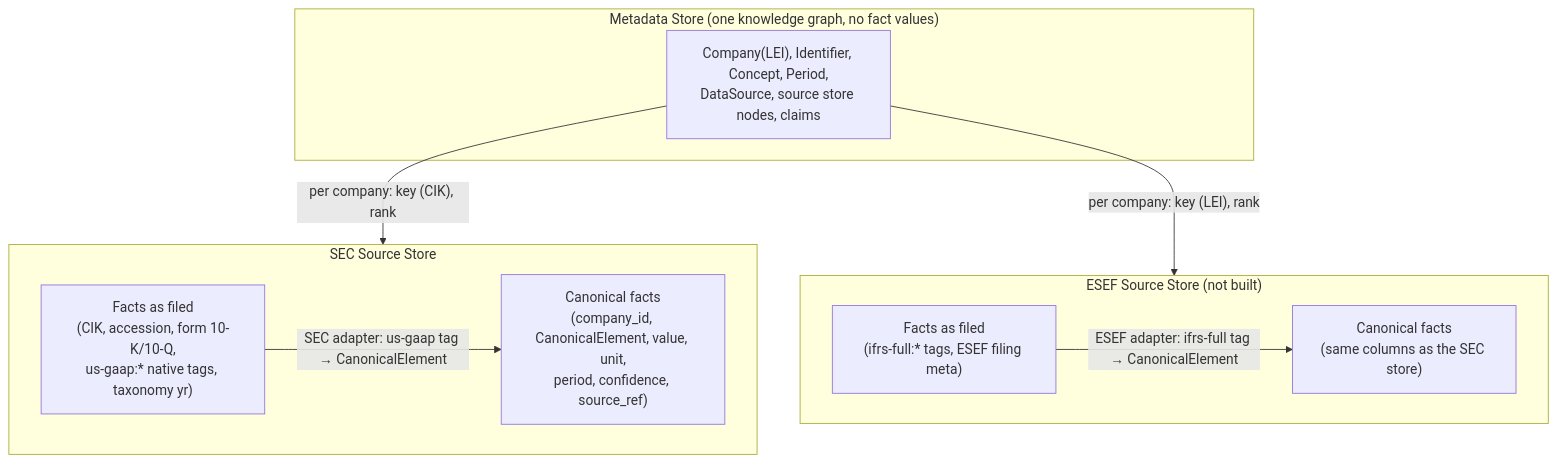
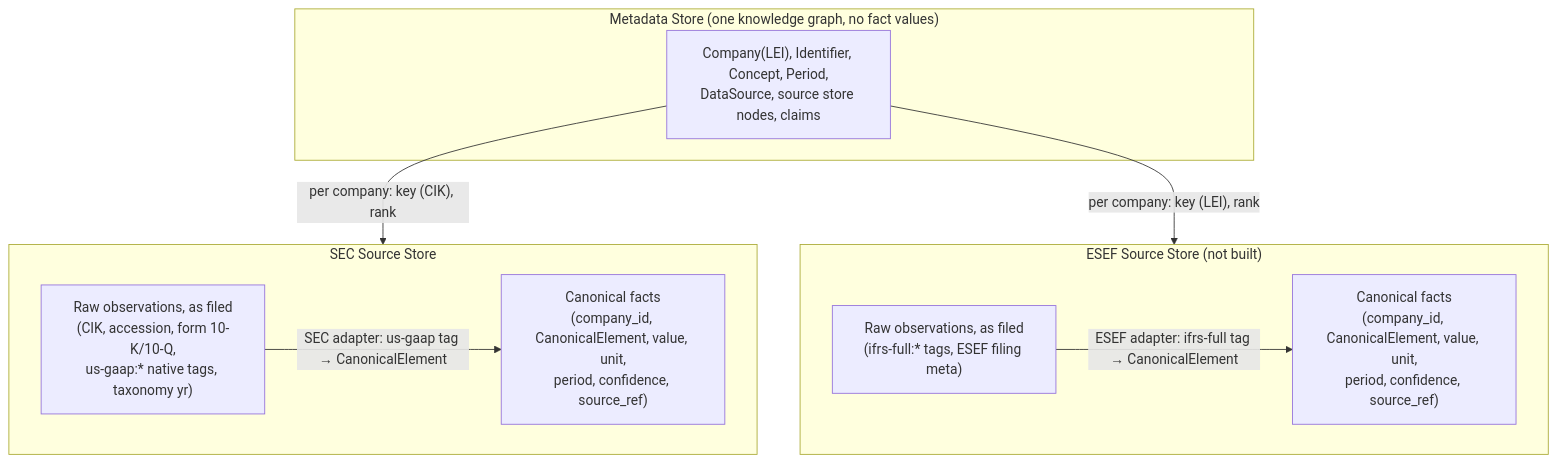
One commit to ironcapitaleu/arkad changed the first of 4 diagrams in sec/design/data_model/hybrid_data_model.md. Above: the diagram before and after it, drawn with Mermaid. The commit also changed other lines of this file and 3 other files, not shown here.

````diff
--- a/sec/design/data_model/hybrid_data_model.md
+++ b/sec/design/data_model/hybrid_data_model.md
@@ -60,18 +60,18 @@
 ```mermaid
 flowchart TB
   subgraph META["Metadata Store (one knowledge graph, no fact values)"]
     KG["Company(LEI), Identifier, Concept, Period,\nDataSource, source store nodes, claims"]
   end
   subgraph SEC["SEC Source Store"]
-    SECraw["Facts as filed\n(CIK, accession, form 10-K/10-Q,\nus-gaap:* native tags, taxonomy yr)"]
+    SECraw["Raw observations, as filed\n(CIK, accession, form 10-K/10-Q,\nus-gaap:* native tags, taxonomy yr)"]
     SECcan["Canonical facts\n(company_id, CanonicalElement, value, unit,\nperiod, confidence, source_ref)"]
   end
   subgraph ESEF["ESEF Source Store (not built)"]
-    ESEFraw["Facts as filed\n(ifrs-full:* tags, ESEF filing meta)"]
-    ESEFcan["Canonical facts\n(same columns as the SEC store)"]
+    ESEFraw["Raw observations, as filed\n(ifrs-full:* tags, ESEF filing meta)"]
+    ESEFcan["Canonical facts\n(company_id, CanonicalElement, value, unit,\nperiod, confidence, source_ref)"]
   end
   SECraw -- "SEC adapter: us-gaap tag → CanonicalElement" --> SECcan
   ESEFraw -- "ESEF adapter: ifrs-full tag → CanonicalElement" --> ESEFcan
   KG -- "per company: key (CIK), rank" --> SEC
   KG -- "per company: key (LEI), rank" --> ESEF
 ```
````
